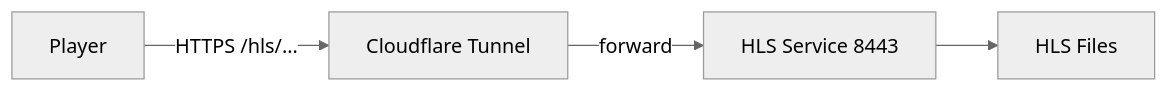
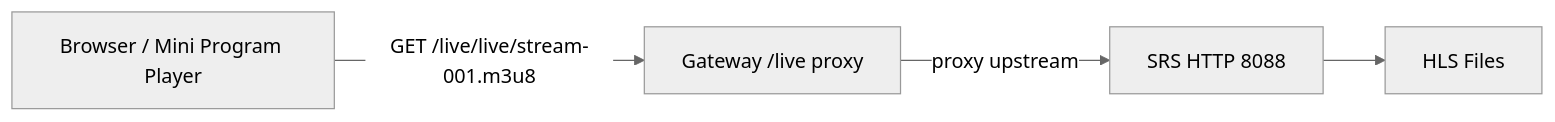
One commit to 24-Fahed/Live-Project changed the fifth of 6 diagrams in docs/docker-deployment.md. Above: the diagram before and after it, drawn with Mermaid (neutral theme). The commit also changed other lines of this file and 13 other files, not shown here.

````diff
--- a/docs/docker-deployment.md
+++ b/docs/docker-deployment.md
@@ -135,11 +169,11 @@
 ```mermaid
 flowchart LR
-    MiniApp[Player]
-    Tunnel[Cloudflare Tunnel]
-    HLS[HLS Service 8443]
+    Player[Browser / Mini Program Player]
+    Gateway[Gateway /live proxy]
+    SRS[SRS HTTP 8088]
     Files[HLS Files]
 
-    MiniApp -->|HTTPS /hls/...| Tunnel
-    Tunnel -->|forward| HLS
-    HLS --> Files
+    Player -->|GET /live/live/stream-001.m3u8| Gateway
+    Gateway -->|proxy upstream| SRS
+    SRS --> Files
 ```
````
